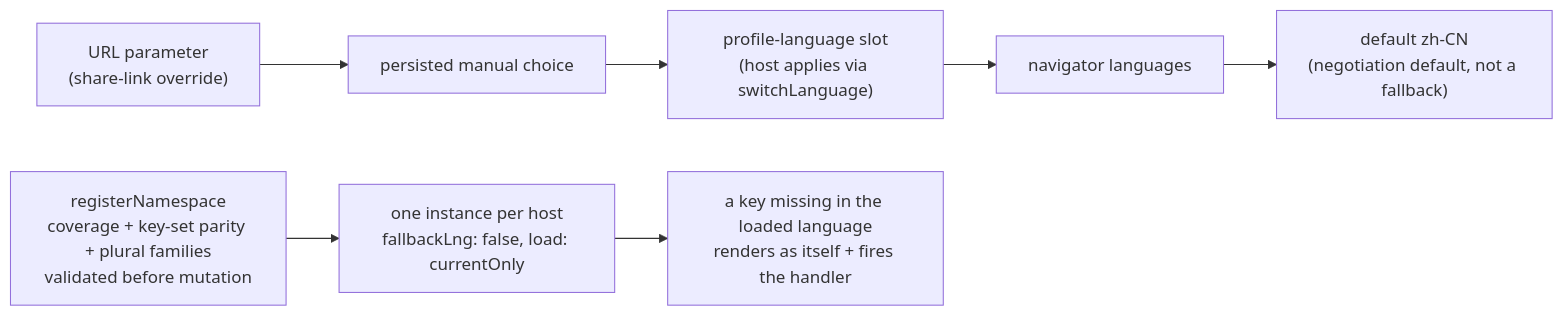
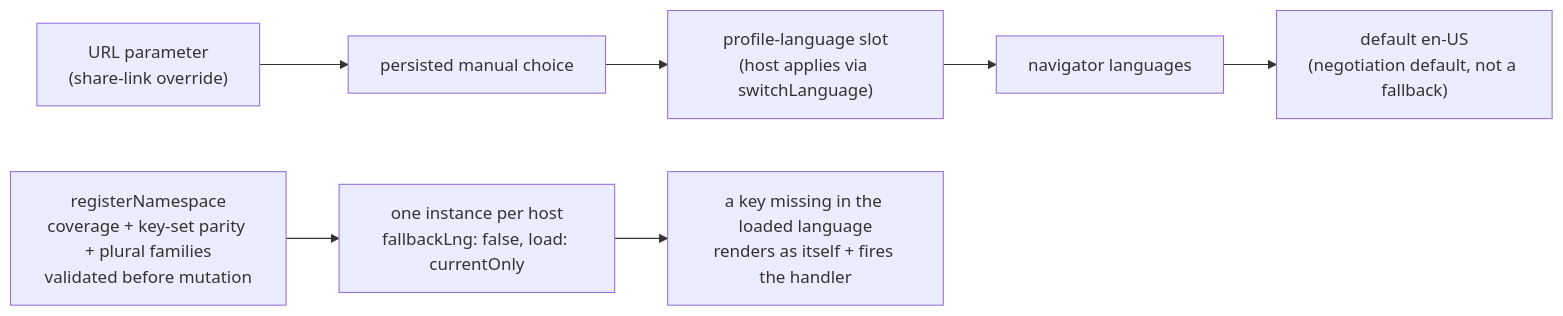
The diagram in docs/site/content.en/docs/developer-docs/modules/web/i18n.md (vislake/speed), drawn with Mermaid before and after one commit. The commit also changed 9 other files, not shown here.

````diff
--- a/docs/site/content.en/docs/developer-docs/modules/web/i18n.md
+++ b/docs/site/content.en/docs/developer-docs/modules/web/i18n.md
@@ -104,9 +104,9 @@
 ```mermaid
 flowchart LR
     U["URL parameter<br/>(share-link override)"] --> S["persisted manual choice"]
     S --> P["profile-language slot<br/>(host applies via switchLanguage)"]
     P --> N["navigator languages"]
-    N --> D["default zh-CN<br/>(negotiation default, not a fallback)"]
+    N --> D["default en-US<br/>(negotiation default, not a fallback)"]
     R["registerNamespace<br/>coverage + key-set parity + plural families<br/>validated before mutation"] --> I["one instance per host<br/>fallbackLng: false, load: currentOnly"]
     I --> M["a key missing in the loaded language<br/>renders as itself + fires the handler"]
 ```
````
